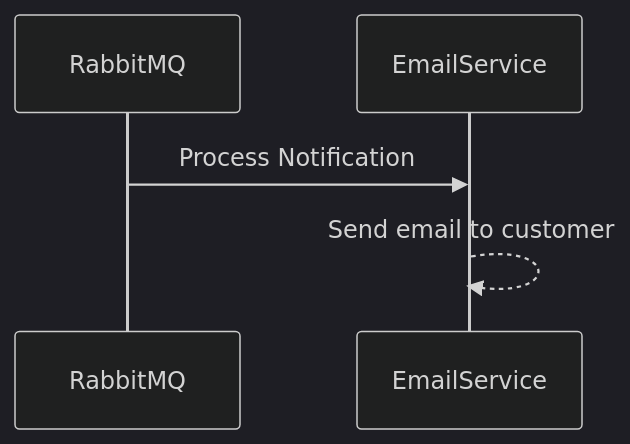
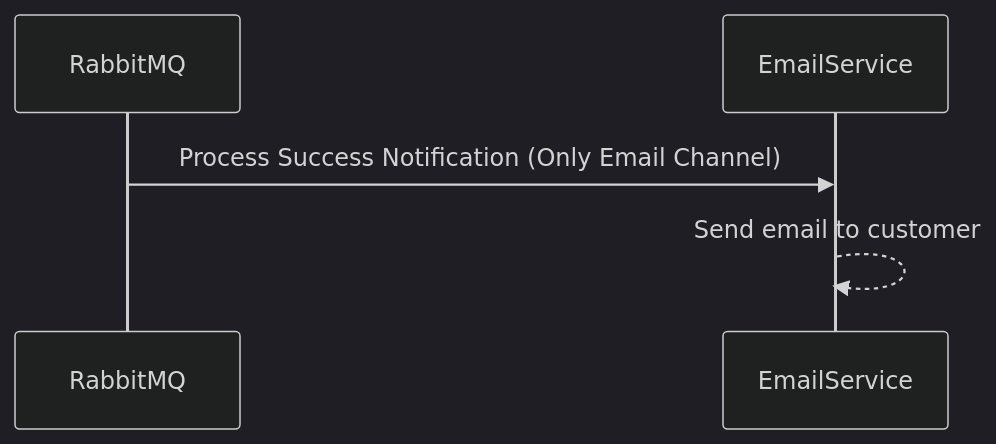
The seventh of 8 diagrams in documents/FLOWS.md (sevketbuyukdemir/microservices), drawn with Mermaid (dark theme) before and after one commit. The commit also changed other lines of this file, not shown here.

Commit message:
MICROSERVICES-26 - Technical flows updated.

````diff
--- a/documents/FLOWS.md
+++ b/documents/FLOWS.md
@@ -131,8 +131,8 @@
 ```mermaid
 sequenceDiagram
     participant MQ as RabbitMQ
     participant ES as EmailService
 
-    MQ->>ES: Process Notification
+    MQ->>ES: Process Success Notification (Only Email Channel)
     ES-->>ES: Send email to customer
 ```
````
